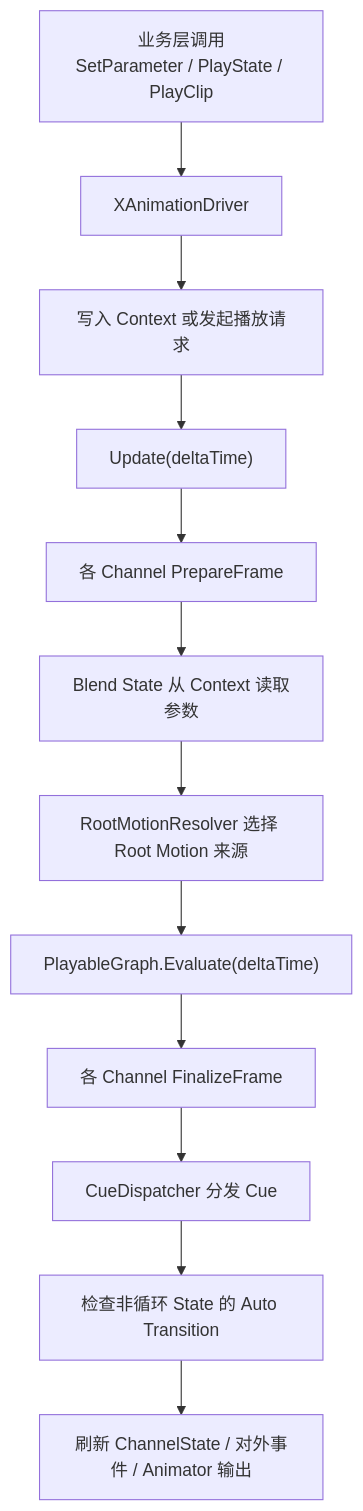
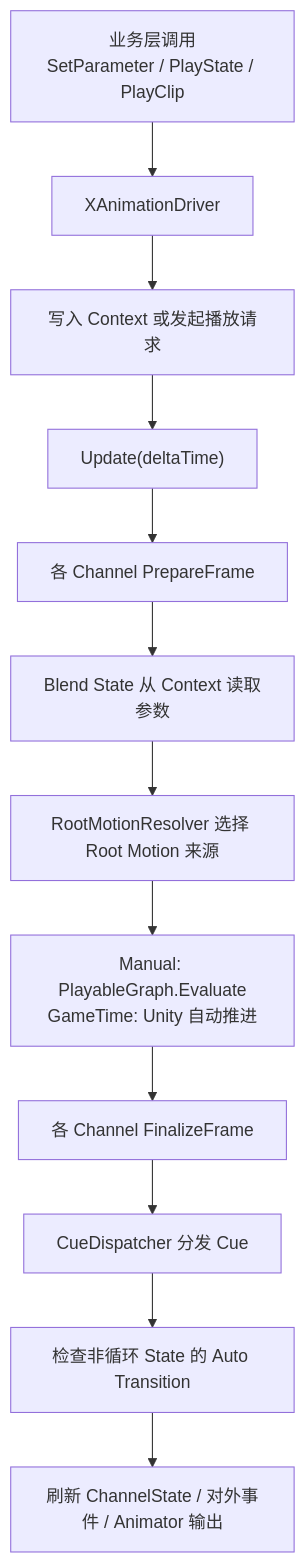
One commit to xdedzl/XFramework changed the second of 2 diagrams in XAnimation/Doc/XAnimation.md. Above: the diagram before and after it, drawn with Mermaid. The commit also changed other lines of this file and 12 other files, not shown here.

````diff
--- a/XAnimation/Doc/XAnimation.md
+++ b/XAnimation/Doc/XAnimation.md
@@ -61,14 +61,14 @@
 ```mermaid
 flowchart TD
     A["业务层调用<br/>SetParameter / PlayState / PlayClip"] --> B["XAnimationDriver"]
     B --> C["写入 Context 或发起播放请求"]
     C --> D["Update(deltaTime)"]
     D --> E["各 Channel PrepareFrame"]
     E --> F["Blend State 从 Context 读取参数"]
     F --> G["RootMotionResolver 选择 Root Motion 来源"]
-    G --> H["PlayableGraph.Evaluate(deltaTime)"]
+    G --> H["Manual: PlayableGraph.Evaluate<br/>GameTime: Unity 自动推进"]
     H --> I["各 Channel FinalizeFrame"]
     I --> J["CueDispatcher 分发 Cue"]
     J --> K["检查非循环 State 的 Auto Transition"]
     K --> L["刷新 ChannelState / 对外事件 / Animator 输出"]
 ```
````
